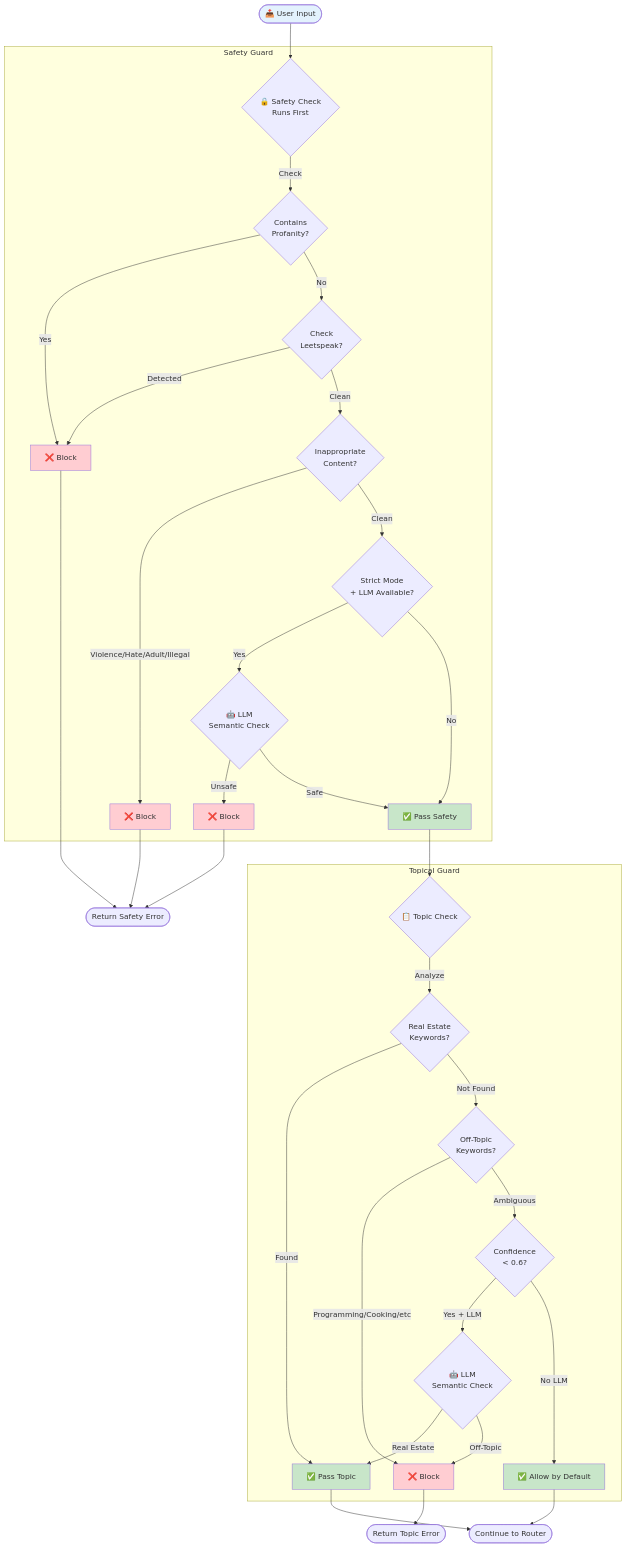
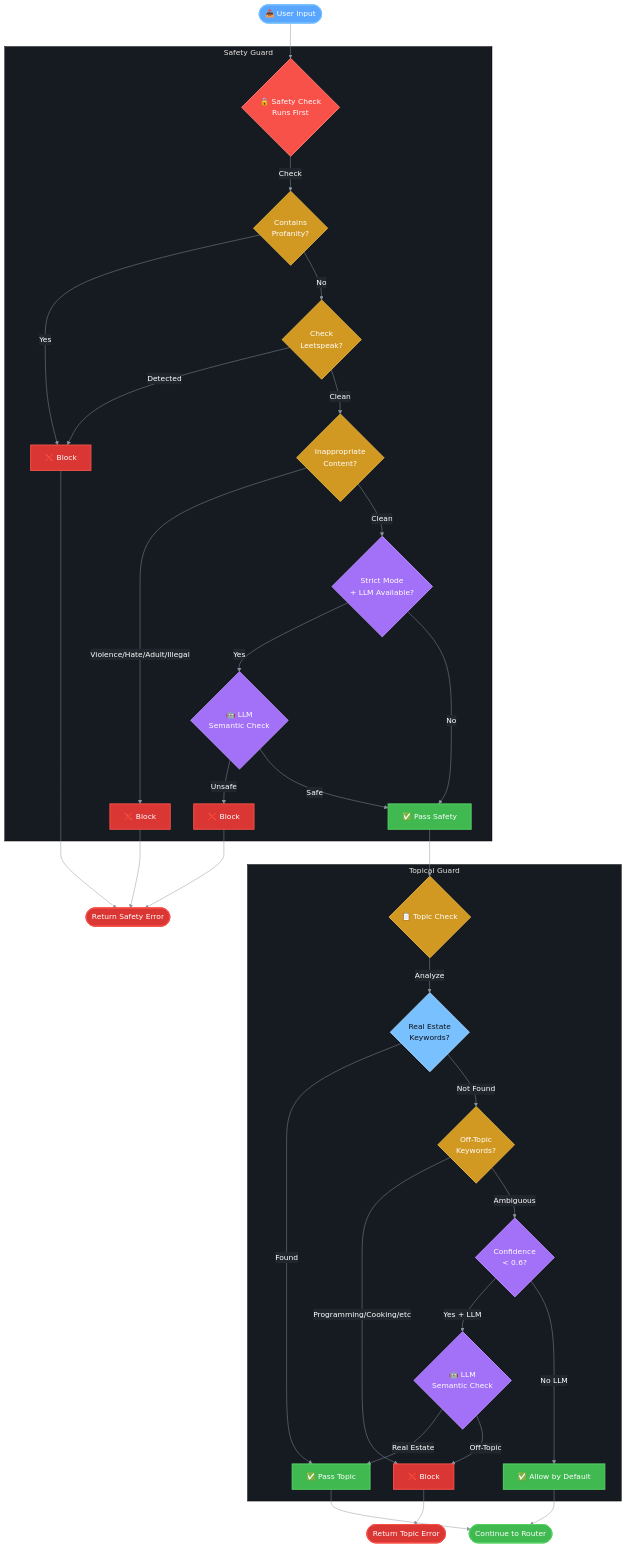
The diagram in docs/architecture/03_guardrails.md (jayanthanantharaman/reach), drawn with Mermaid before and after one commit. The commit also changed 10 other files, not shown here.

Commit message:
REACH - Update mermaid diagrams

````diff
--- a/docs/architecture/03_guardrails.md
+++ b/docs/architecture/03_guardrails.md
@@ -15,48 +15,63 @@
 ```mermaid
+%%{init: {'theme': 'base', 'themeVariables': { 'primaryColor': '#58a6ff', 'primaryTextColor': '#ffffff', 'primaryBorderColor': '#58a6ff', 'lineColor': '#8b949e', 'secondaryColor': '#21262d', 'tertiaryColor': '#161b22', 'background': '#0d1117'}}}%%
 flowchart TD
     INPUT([📥 User Input]) --> SAFETY_CHECK{🔒 Safety Check<br/>Runs First}
     
-    subgraph "Safety Guard"
+    subgraph SAFETY["Safety Guard"]
         SAFETY_CHECK -->|Check| PROFANITY{Contains<br/>Profanity?}
         PROFANITY -->|Yes| BLOCK_PROF[❌ Block]
         PROFANITY -->|No| LEETSPEAK{Check<br/>Leetspeak?}
         LEETSPEAK -->|Detected| BLOCK_PROF
         LEETSPEAK -->|Clean| INAPPROPRIATE{Inappropriate<br/>Content?}
         INAPPROPRIATE -->|Violence/Hate/Adult/Illegal| BLOCK_INAPP[❌ Block]
         INAPPROPRIATE -->|Clean| STRICT_MODE{Strict Mode<br/>+ LLM Available?}
         STRICT_MODE -->|Yes| SEMANTIC_SAFETY{🤖 LLM<br/>Semantic Check}
         SEMANTIC_SAFETY -->|Unsafe| BLOCK_SEMANTIC[❌ Block]
         SEMANTIC_SAFETY -->|Safe| PASS_SAFETY[✅ Pass Safety]
         STRICT_MODE -->|No| PASS_SAFETY
     end
     
     PASS_SAFETY --> TOPIC_CHECK{📋 Topic Check}
     
-    subgraph "Topical Guard"
+    subgraph TOPICAL["Topical Guard"]
         TOPIC_CHECK -->|Analyze| RE_KEYWORDS{Real Estate<br/>Keywords?}
         RE_KEYWORDS -->|Found| PASS_TOPIC[✅ Pass Topic]
         RE_KEYWORDS -->|Not Found| OFF_TOPIC{Off-Topic<br/>Keywords?}
         OFF_TOPIC -->|Programming/Cooking/etc| BLOCK_TOPIC[❌ Block]
         OFF_TOPIC -->|Ambiguous| CONFIDENCE{Confidence<br/>< 0.6?}
         CONFIDENCE -->|Yes + LLM| LLM_CHECK{🤖 LLM<br/>Semantic Check}
         CONFIDENCE -->|No LLM| ALLOW_DEFAULT[✅ Allow by Default]
         LLM_CHECK -->|Real Estate| PASS_TOPIC
         LLM_CHECK -->|Off-Topic| BLOCK_TOPIC
     end
     
     BLOCK_PROF --> RETURN_ERROR([Return Safety Error])
     BLOCK_INAPP --> RETURN_ERROR
     BLOCK_SEMANTIC --> RETURN_ERROR
     BLOCK_TOPIC --> RETURN_TOPIC_ERROR([Return Topic Error])
     ALLOW_DEFAULT --> CONTINUE([Continue to Router])
     PASS_TOPIC --> CONTINUE
 
-    style INPUT fill:#e3f2fd
-    style BLOCK_PROF fill:#ffcdd2
-    style BLOCK_INAPP fill:#ffcdd2
-    style BLOCK_SEMANTIC fill:#ffcdd2
-    style BLOCK_TOPIC fill:#ffcdd2
-    style PASS_SAFETY fill:#c8e6c9
-    style PASS_TOPIC fill:#c8e6c9
-    style ALLOW_DEFAULT fill:#c8e6c9
+    style INPUT fill:#58a6ff,stroke:#79c0ff,stroke-width:2px,color:#ffffff
+    style SAFETY_CHECK fill:#f85149,stroke:#ff7b72,stroke-width:2px,color:#ffffff
+    style PROFANITY fill:#d29922,stroke:#e3b341,stroke-width:2px,color:#ffffff
+    style LEETSPEAK fill:#d29922,stroke:#e3b341,stroke-width:2px,color:#ffffff
+    style INAPPROPRIATE fill:#d29922,stroke:#e3b341,stroke-width:2px,color:#ffffff
+    style STRICT_MODE fill:#a371f7,stroke:#bc8cff,stroke-width:2px,color:#ffffff
+    style SEMANTIC_SAFETY fill:#a371f7,stroke:#bc8cff,stroke-width:2px,color:#ffffff
+    style BLOCK_PROF fill:#da3633,stroke:#f85149,stroke-width:2px,color:#ffffff
+    style BLOCK_INAPP fill:#da3633,stroke:#f85149,stroke-width:2px,color:#ffffff
+    style BLOCK_SEMANTIC fill:#da3633,stroke:#f85149,stroke-width:2px,color:#ffffff
+    style PASS_SAFETY fill:#3fb950,stroke:#56d364,stroke-width:2px,color:#ffffff
+    style TOPIC_CHECK fill:#d29922,stroke:#e3b341,stroke-width:2px,color:#ffffff
+    style RE_KEYWORDS fill:#79c0ff,stroke:#a5d6ff,stroke-width:2px,color:#0d1117
+    style OFF_TOPIC fill:#d29922,stroke:#e3b341,stroke-width:2px,color:#ffffff
+    style CONFIDENCE fill:#a371f7,stroke:#bc8cff,stroke-width:2px,color:#ffffff
+    style LLM_CHECK fill:#a371f7,stroke:#bc8cff,stroke-width:2px,color:#ffffff
+    style BLOCK_TOPIC fill:#da3633,stroke:#f85149,stroke-width:2px,color:#ffffff
+    style PASS_TOPIC fill:#3fb950,stroke:#56d364,stroke-width:2px,color:#ffffff
+    style ALLOW_DEFAULT fill:#3fb950,stroke:#56d364,stroke-width:2px,color:#ffffff
+    style RETURN_ERROR fill:#da3633,stroke:#f85149,stroke-width:2px,color:#ffffff
+    style RETURN_TOPIC_ERROR fill:#da3633,stroke:#f85149,stroke-width:2px,color:#ffffff
+    style CONTINUE fill:#3fb950,stroke:#56d364,stroke-width:2px,color:#ffffff
 ```
````
